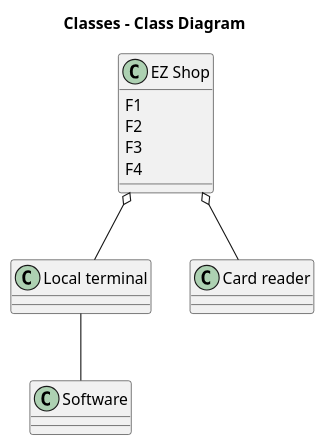
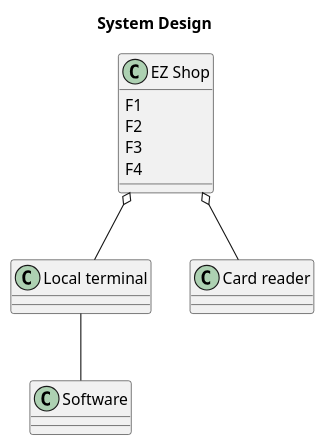
One commit to nicolabattaglino/ezshop changed the third of 3 diagrams in Deliverables/RequirementsDocument.md. Above: the diagram before and after it, drawn with PlantUML. The commit also changed other lines of this file, not shown here.

````diff
--- a/Deliverables/RequirementsDocument.md
+++ b/Deliverables/RequirementsDocument.md
@@ -281,24 +279,24 @@
 ```plantuml
 @startuml
 
-title Classes - Class Diagram
+title System Design
 class "EZ Shop" as EZShop{
 F1 
 F2
 F3
 F4
 }
 
 class "Local terminal" as localTerminal{
 }
 
 class "Software" as software 
 class "Card reader" as printer
 EZShop o-- localTerminal
 EZShop o-- printer
 localTerminal -- software
 
 
 
 @enduml
 ```
````
